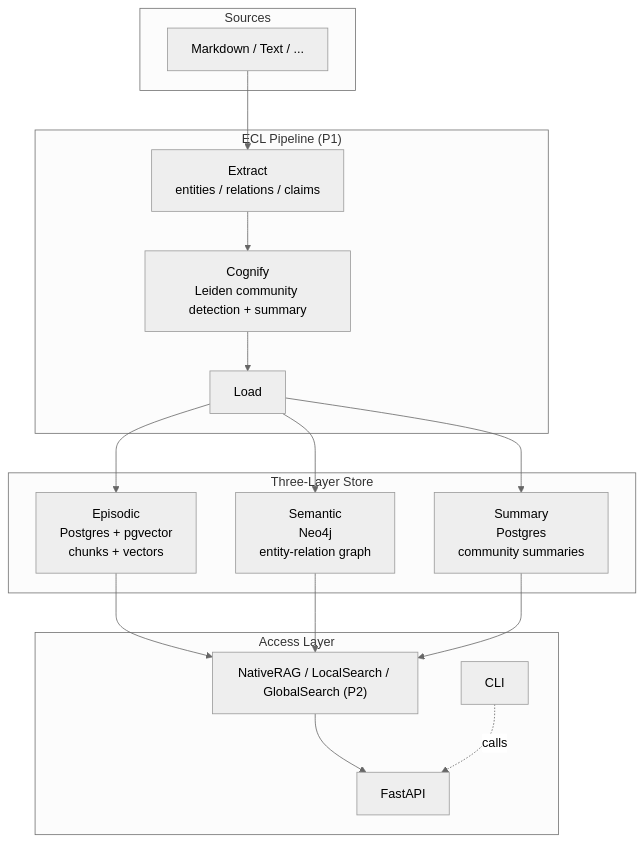
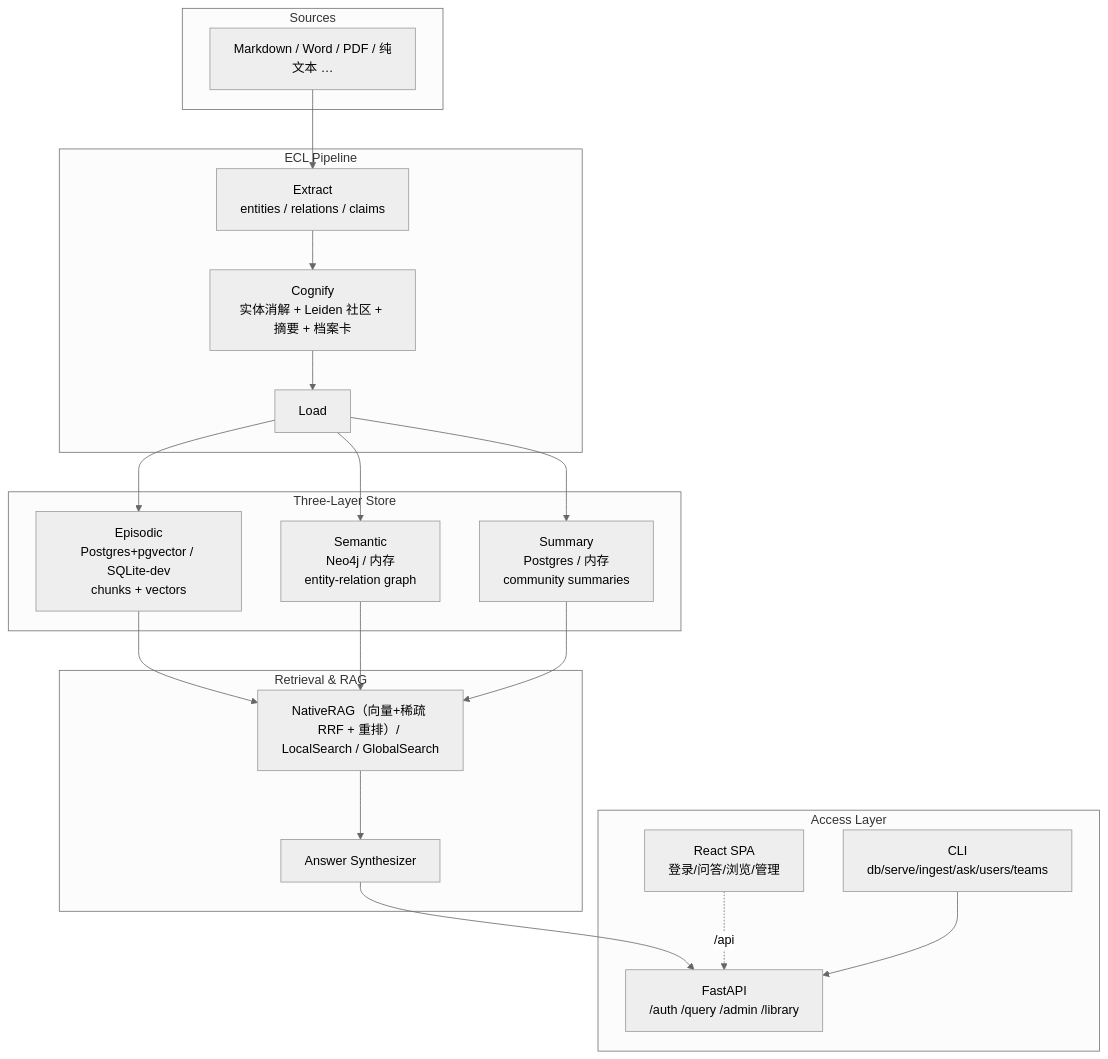
One commit to cyberwalker0419/Calliodesmo changed the first of 2 diagrams in README.md. Above: the diagram before and after it, drawn with Mermaid (neutral theme). The commit also changed other lines of this file and 1 other file, not shown here.

````diff
--- a/README.md
+++ b/README.md
@@ -26,25 +24,30 @@
 ```mermaid
 graph TB
     subgraph Src["Sources"]
-        D[Markdown / Text / ...]
+        D["Markdown / Word / PDF / 纯文本 …"]
     end
-    subgraph ECL["ECL Pipeline (P1)"]
+    subgraph ECL["ECL Pipeline"]
         E["Extract<br/>entities / relations / claims"]
-        C["Cognify<br/>Leiden community detection + summary"]
+        C["Cognify<br/>实体消解 + Leiden 社区 + 摘要 + 档案卡"]
         L["Load"]
     end
     subgraph Store["Three-Layer Store"]
-        S1["Episodic<br/>Postgres + pgvector<br/>chunks + vectors"]
-        S2["Semantic<br/>Neo4j<br/>entity-relation graph"]
-        S3["Summary<br/>Postgres<br/>community summaries"]
+        S1["Episodic<br/>Postgres+pgvector / SQLite-dev<br/>chunks + vectors"]
+        S2["Semantic<br/>Neo4j / 内存<br/>entity-relation graph"]
+        S3["Summary<br/>Postgres / 内存<br/>community summaries"]
+    end
+    subgraph Retrieval["Retrieval & RAG"]
+        RAG["NativeRAG（向量+稀疏 RRF + 重排）/ LocalSearch / GlobalSearch"]
+        SYN["Answer Synthesizer"]
     end
     subgraph Access["Access Layer"]
-        RAG["NativeRAG / LocalSearch / GlobalSearch (P2)"]
-        API[FastAPI]
-        CLI[CLI]
+        API["FastAPI<br/>/auth /query /admin /library"]
+        UI["React SPA<br/>登录/问答/浏览/管理"]
+        CLI["CLI<br/>db/serve/ingest/ask/users/teams"]
     end
     D --> E --> C --> L
     L --> S1 & S2 & S3
-    S1 & S2 & S3 --> RAG --> API
-    CLI -. calls .-> API
+    S1 & S2 & S3 --> RAG --> SYN --> API
+    UI -. /api .-> API
+    CLI --> API
 ```
````
